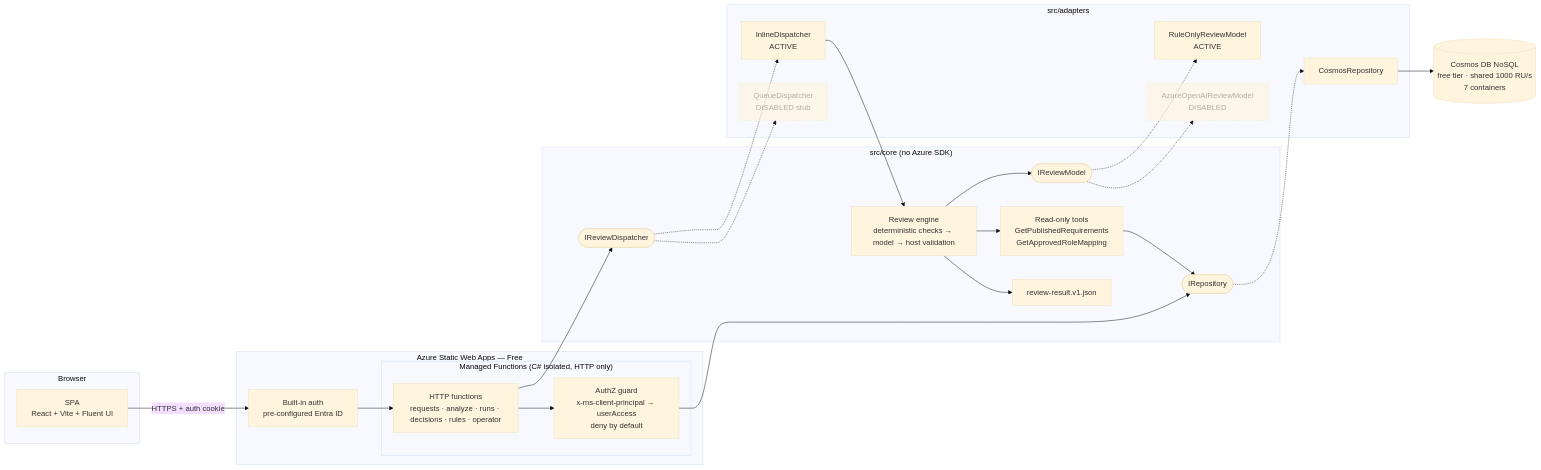
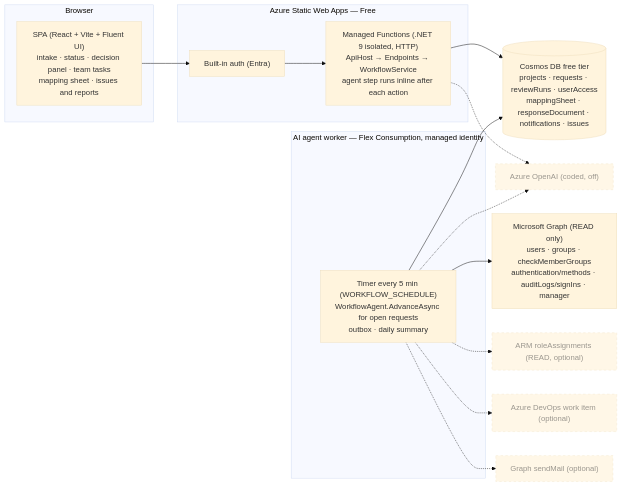
One commit to GopalakrishnanBhaskaran/onboarding-requests changed the first of 2 diagrams in docs/ARCHITECTURE.md. Above: the diagram before and after it, drawn with Mermaid (base theme). The commit also changed other lines of this file and 21 other files, not shown here.

First line of the commit message:
Resume after fix for Failed-Needs-Dev; v2 docs, SOP and report generator

````diff
--- a/docs/ARCHITECTURE.md
+++ b/docs/ARCHITECTURE.md
@@ -7,51 +7,30 @@
 ```mermaid
 flowchart LR
   subgraph Browser
-    UI["SPA<br/>React + Vite + Fluent UI"]
+    UI["SPA (React + Vite + Fluent UI)<br/>intake · status · decision panel · team tasks<br/>mapping sheet · issues and reports"]
   end
+  subgraph SWA["Azure Static Web Apps — Free"]
+    AUTH["Built-in auth (Entra)"]
+    API["Managed Functions (.NET 9 isolated, HTTP)<br/>ApiHost → Endpoints → WorkflowService<br/>agent step runs inline after each action"]
+  end
+  subgraph W["AI agent worker — Flex Consumption, managed identity"]
+    T["Timer every 5 min (WORKFLOW_SCHEDULE)<br/>WorkflowAgent.AdvanceAsync for open requests<br/>outbox · daily summary"]
+  end
+  COSMOS[("Cosmos DB free tier<br/>projects · requests · reviewRuns · userAccess<br/>mappingSheet · responseDocument · notifications · issues")]
+  GRAPH["Microsoft Graph (READ only)<br/>users · groups · checkMemberGroups<br/>authentication/methods · auditLogs/signIns · manager"]
+  ARM["ARM roleAssignments (READ, optional)"]
+  ADO["Azure DevOps work item (optional)"]
+  MAIL["Graph sendMail (optional)"]
+  AOAI["Azure OpenAI (coded, off)"]
 
-  subgraph SWA["Azure Static Web Apps — Free"]
-    AUTH["Built-in auth<br/>pre-configured Entra ID"]
-    subgraph API["Managed Functions (C# isolated, HTTP only)"]
-      FN["HTTP functions<br/>requests · analyze · runs · decisions · rules · operator"]
-      AZ["AuthZ guard<br/>x-ms-client-principal → userAccess<br/>deny by default"]
-    end
-  end
-
-  subgraph CORE["src/core (no Azure SDK)"]
-    ENG["Review engine<br/>deterministic checks → model → host validation"]
-    TOOLS["Read-only tools<br/>GetPublishedRequirements<br/>GetApprovedRoleMapping"]
-    IF1(["IReviewModel"])
-    IF2(["IReviewDispatcher"])
-    IF3(["IRepository"])
-    SCHEMA["review-result.v1.json"]
-  end
-
-  subgraph ADP["src/adapters"]
-    RULE["RuleOnlyReviewModel<br/>ACTIVE"]
-    AOAI["AzureOpenAIReviewModel<br/>DISABLED"]
-    INL["InlineDispatcher<br/>ACTIVE"]
-    QUE["QueueDispatcher<br/>DISABLED stub"]
-    REPO["CosmosRepository"]
-  end
-
-  COSMOS[("Cosmos DB NoSQL<br/>free tier · shared 1000 RU/s<br/>7 containers")]
-
-  UI -- "HTTPS + auth cookie" --> AUTH --> FN
-  FN --> AZ
-  FN --> IF2
-  IF2 -.-> INL
-  IF2 -.-> QUE
-  INL --> ENG
-  ENG --> TOOLS
-  ENG --> IF1
-  IF1 -.-> RULE
-  IF1 -.-> AOAI
-  ENG --> SCHEMA
-  TOOLS --> IF3
-  AZ --> IF3
-  IF3 -.-> REPO --> COSMOS
-
-  classDef off stroke-dasharray: 5 5,opacity:0.6
-  class AOAI,QUE off
+  UI --> AUTH --> API --> COSMOS
+  T --> COSMOS
+  T --> GRAPH
+  T -.-> ARM
+  T -.-> ADO
+  T -.-> MAIL
+  API -.-> AOAI
+  T -.-> AOAI
+  classDef off stroke-dasharray: 5 5,opacity:0.7
+  class ARM,ADO,MAIL,AOAI off
 ```
````
